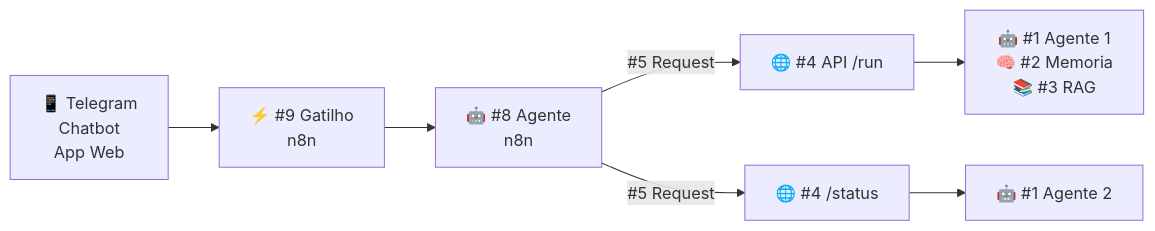
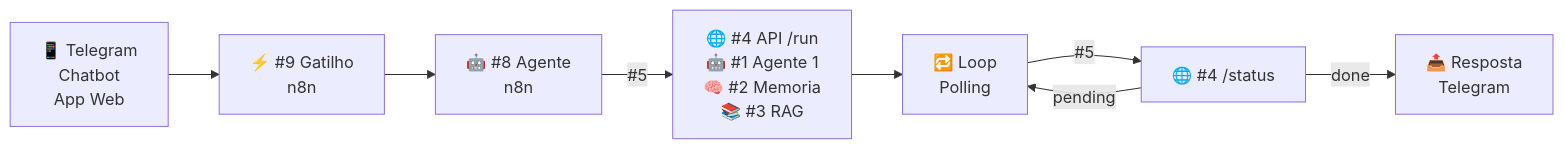
The first of 2 diagrams in pages/block-project/slide-etapa1-5.md (jcguimaraesnet/course-intelligent-agents), drawn with Mermaid before and after one commit. The commit also changed other lines of this file, not shown here.

Commit message:
docs: refinar fluxo assincrono com polling e resposta no diagrama da arquitetura

````diff
--- a/pages/block-project/slide-etapa1-5.md
+++ b/pages/block-project/slide-etapa1-5.md
@@ -46,11 +46,11 @@
 ```mermaid {theme: 'dark'}
 flowchart LR
     UI["📱 Telegram<br/>Chatbot<br/>App Web"] --> Trigger["⚡ #9 Gatilho<br/>n8n"]
     Trigger --> AgentN8N["🤖 #8 Agente<br/>n8n"]
 
-    AgentN8N -->|"#5 Request"| API1["🌐 #4 API /run"]
-    API1 --> Core1["🤖 #1 Agente 1<br/>🧠 #2 Memoria<br/>📚 #3 RAG"]
-
-    AgentN8N -->|"#5 Request"| API2["🌐 #4 /status"]
-    API2 --> Core2["🤖 #1 Agente 2"]
+    AgentN8N -->|"#5"| API1["🌐 #4 API /run<br/>🤖 #1 Agente 1<br/>🧠 #2 Memoria<br/>📚 #3 RAG"]
+    API1 --> Loop["🔁 Loop<br/>Polling"]
+    Loop -->|"#5"| API2["🌐 #4 /status"]
+    API2 -->|"pending"| Loop
+    API2 -->|"done"| Response["📤 Resposta<br/>Telegram"]
 ```
````
